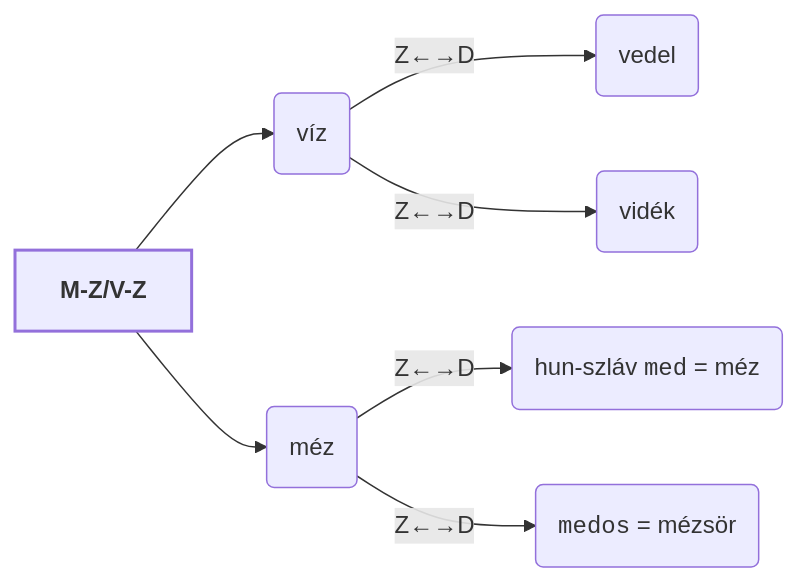
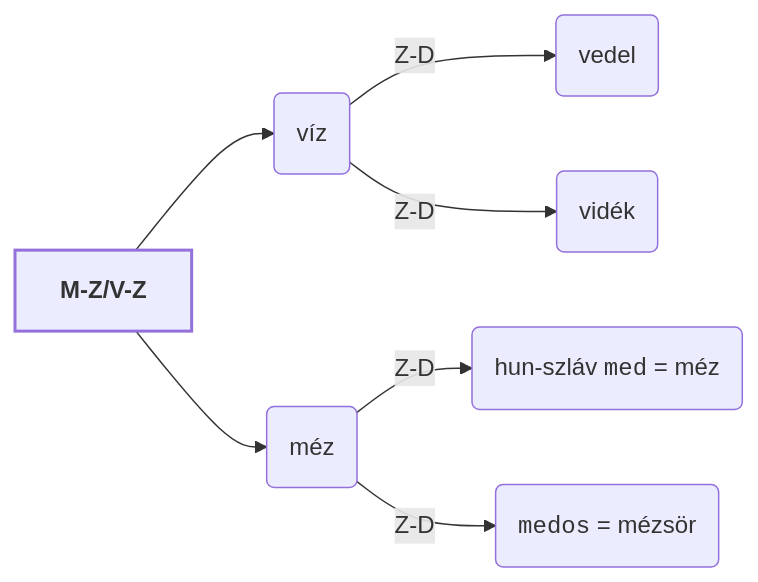
Before and after one commit to zanodor/TUDDASSTTARR: diagram 11 of 11 in src/site/notes/B/Balk.md, drawn with Mermaid. The commit also changed other lines of this file, not shown here.

````diff
--- a/src/site/notes/B/Balk.md
+++ b/src/site/notes/B/Balk.md
@@ -128,18 +171,18 @@
 ```mermaid
 flowchart LR
 
 	head[<b>M-Z/V-Z</b>]
 	lvl2_a("víz")
 	lvl2_b("méz")
 	lvl3_a("vedel")
 	lvl3_b("vidék")
 	lvl3_c("hun-szláv <code>med</code> = méz")
 	lvl3_d("<code>medos</code> = mézsör")
 
 	head --> lvl2_a & lvl2_b
-	lvl2_a -- Z←→D -->  lvl3_a & lvl3_b
-	lvl2_b -- Z←→D -->  lvl3_c & lvl3_d
+	lvl2_a -- "Z-D" -->  lvl3_a & lvl3_b
+	lvl2_b -- "Z-D" -->  lvl3_c & lvl3_d
 
 	style head stroke-width:2px,stroke-dasharray: 0
 	class lvl2_a,lvl2_b,lvl3_a,lvl3_b internal-link
 ```
````
